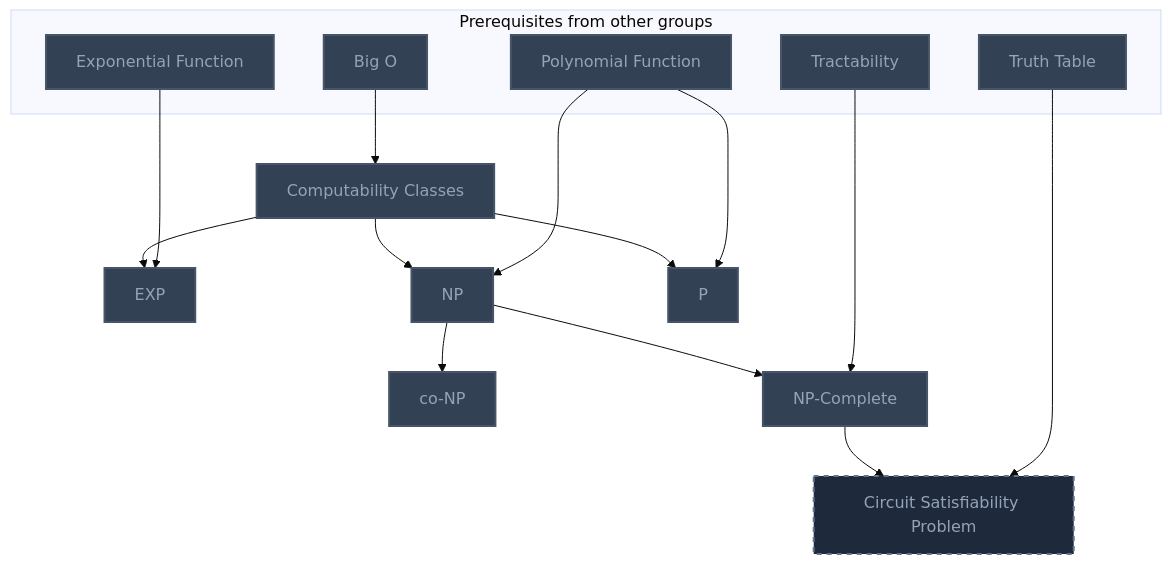
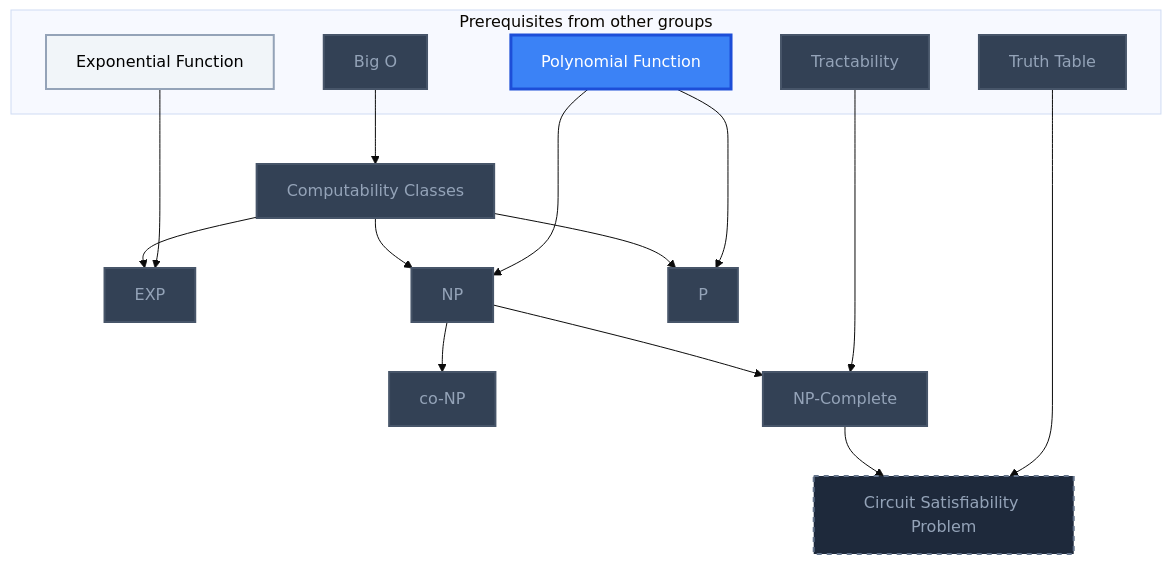
Before and after one commit to MRauf1/My-Notes: the eighth of 10 diagrams in Gamification/Skill Trees/Theoretical Computer Science.md, drawn with Mermaid (base theme). The commit also changed other lines of this file and 156 other files, not shown here.

````diff
--- a/Gamification/Skill Trees/Theoretical Computer Science.md
+++ b/Gamification/Skill Trees/Theoretical Computer Science.md
@@ -343,41 +350,43 @@
 ```mermaid
 flowchart TD
     classDef planned fill:#1E293B,stroke:#64748B,stroke-width:2px,stroke-dasharray:5 5,color:#94A3B8;
     classDef locked fill:#334155,stroke:#475569,stroke-width:2px,color:#94A3B8;
     classDef L0 fill:#F1F5F9,stroke:#94A3B8,stroke-width:2px,color:#000000;
     classDef L1 fill:#22C55E,stroke:#15803D,stroke-width:2px,color:#000000;
     classDef L2 fill:#3B82F6,stroke:#1D4ED8,stroke-width:3px,color:#FFFFFF;
     classDef L3 fill:#A855F7,stroke:#6B21A8,stroke-width:3px,color:#FFFFFF,font-weight:bold;
     classDef L4 fill:#F97316,stroke:#C2410C,stroke-width:4px,color:#000000,font-weight:bold;
     classDef L5 fill:#FFD700,stroke:#FF8C00,stroke-width:5px,color:#000000,font-weight:bold;
     classDef rusty stroke:#8B4513,stroke-width:4px,stroke-dasharray:3 3;
     subgraph sg_prereqs["Prerequisites from other groups"]
         n_big_o["Big O"]
         n_exponential_function["Exponential Function"]
         n_polynomial_function["Polynomial Function"]
         n_tractability["Tractability"]
         n_truth_table["Truth Table"]
     end
     n_computability_classes["Computability Classes"]
     n_exp["EXP"]
     n_np["NP"]
     n_co_np["co-NP"]
     n_p["P"]
     n_np_complete["NP-Complete"]
     n_circuit_satisfiability_problem["Circuit Satisfiability Problem"]
     n_big_o --> n_computability_classes
     n_computability_classes --> n_exp
     n_exponential_function --> n_exp
     n_computability_classes --> n_np
     n_polynomial_function --> n_np
     n_np --> n_co_np
     n_computability_classes --> n_p
     n_polynomial_function --> n_p
     n_np --> n_np_complete
     n_tractability --> n_np_complete
     n_np_complete --> n_circuit_satisfiability_problem
     n_truth_table --> n_circuit_satisfiability_problem
     class n_circuit_satisfiability_problem planned;
-    class n_big_o,n_exponential_function,n_polynomial_function,n_tractability,n_truth_table,n_computability_classes,n_exp,n_np,n_co_np,n_p,n_np_complete locked;
+    class n_big_o,n_tractability,n_truth_table,n_computability_classes,n_exp,n_np,n_co_np,n_p,n_np_complete locked;
+    class n_exponential_function L0;
+    class n_polynomial_function L2;
     class n_big_o,n_exponential_function,n_polynomial_function,n_tractability,n_truth_table,n_computability_classes,n_exp,n_np,n_co_np,n_p,n_np_complete internal-link;
 ```
````
